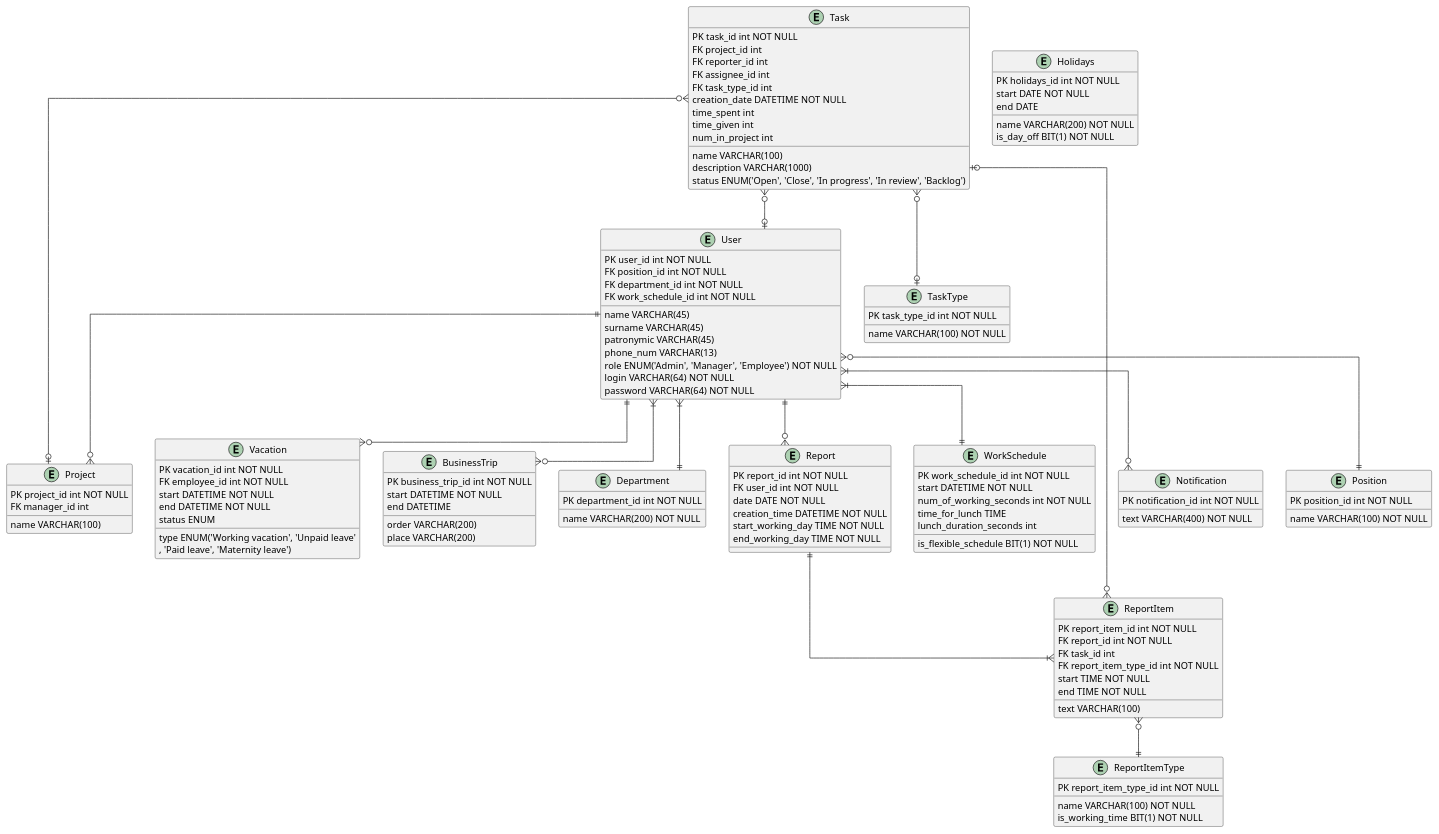
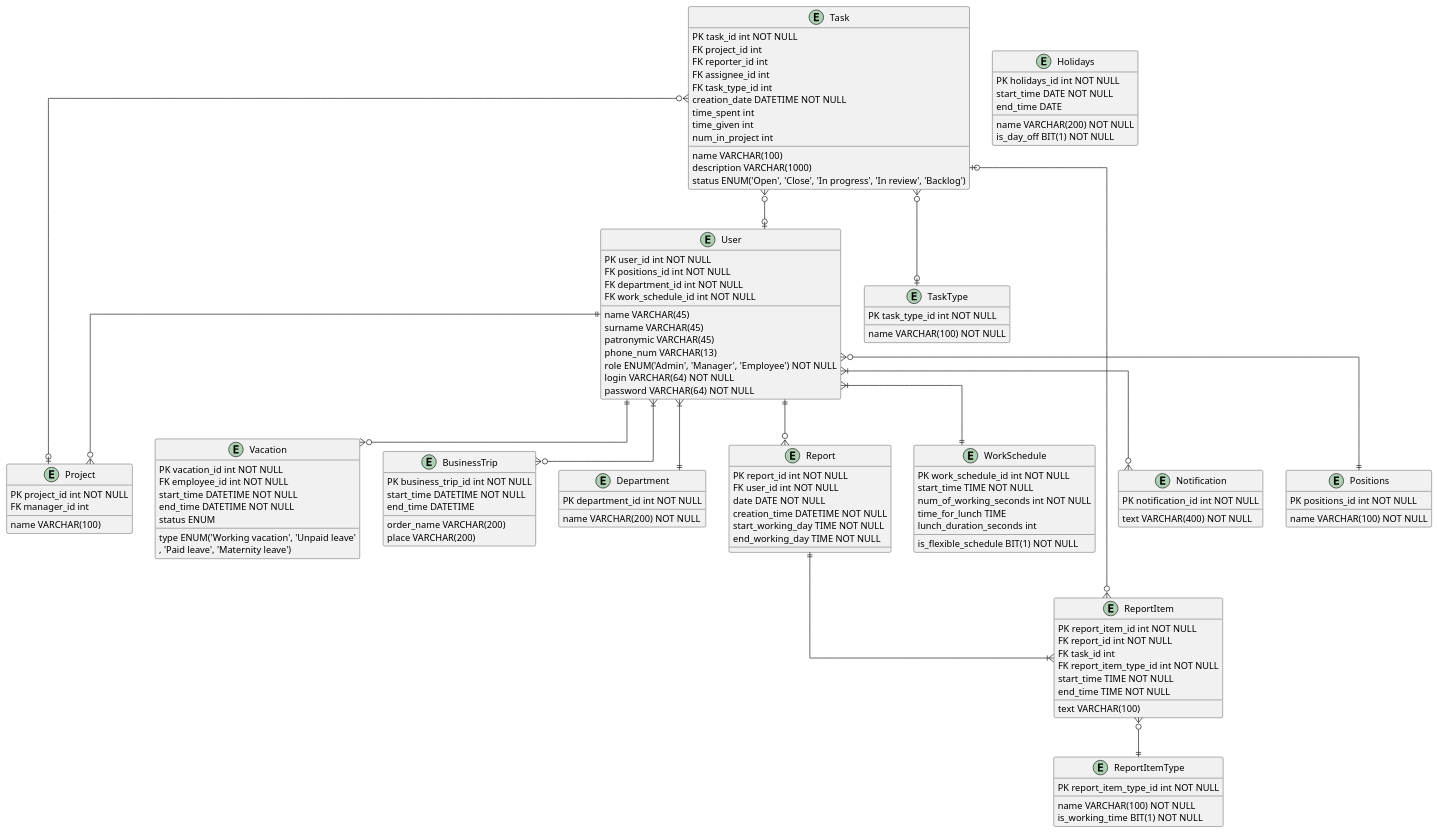
Before and after one commit to Matvey-Makaro/TRPO: the diagram in lab2/ConceptualModelER.puml, drawn with PlantUML. The commit also changed 4 other files, not shown here.

```diff
--- a/lab2/ConceptualModelER.puml
+++ b/lab2/ConceptualModelER.puml
@@ -1,170 +1,170 @@
 @startuml
 ' hide the spot
 ' hide circle
 
 ' avoid problems with angled crows feet
 skinparam linetype ortho
 
 ' object "Сотрудник" as Employee
 ' object "Руководитель" as Manager
 ' object "Администратор" as Administrator
 ' object "Проект" as Project
 ' object "Задание" as Task
 ' object "Отпуск" as Vacation
 ' object "Командировка" as BusinessTrip
 ' object "Отдел" as Department
 ' object "Отчёт" as Report
 ' object "Тип проекта" as ProjectType
 ' object "Тип задачи" as TaskType
 ' object "Рабочий график" as WorkSchedule
 ' object "Праздники" as Holidays
 ' object "Уведомление" as Notification
-' object "Должность" as Position
+' object "Должность" as Positions
 
 entity User 
 {
     PK user_id int NOT NULL
-    FK position_id int NOT NULL
+    FK positions_id int NOT NULL
     FK department_id int NOT NULL
     FK work_schedule_id int NOT NULL
     name VARCHAR(45)
     surname VARCHAR(45)
     patronymic VARCHAR(45)
     phone_num VARCHAR(13)
     role ENUM('Admin', 'Manager', 'Employee') NOT NULL
     login VARCHAR(64) NOT NULL
     password VARCHAR(64) NOT NULL 
 }
 
 entity Project 
 {
     PK project_id int NOT NULL
     FK manager_id int
     name VARCHAR(100)
 }
 
 entity Task 
 {
     PK task_id int NOT NULL
     FK project_id int 
     FK reporter_id int
     FK assignee_id int
     FK task_type_id int
     name VARCHAR(100)
     description VARCHAR(1000)
     status ENUM('Open', 'Close', 'In progress', 'In review', 'Backlog')
     creation_date DATETIME NOT NULL
     time_spent int
     time_given int
     num_in_project int 
 }
 
 entity TaskType
 {
     PK task_type_id int NOT NULL
     name VARCHAR(100) NOT NULL
 }
 
 entity Vacation 
 {
     PK vacation_id int NOT NULL
     FK employee_id int NOT NULL
-    start DATETIME NOT NULL
-    end DATETIME NOT NULL
+    start_time DATETIME NOT NULL
+    end_time DATETIME NOT NULL
     type ENUM('Working vacation', 'Unpaid leave'
     , 'Paid leave', 'Maternity leave')
     status ENUM
 }
 
 entity BusinessTrip
 {
     PK business_trip_id int NOT NULL
-    start DATETIME NOT NULL
-    end DATETIME
-    order VARCHAR(200)
+    start_time DATETIME NOT NULL
+    end_time DATETIME
+    order_name VARCHAR(200)
     place VARCHAR(200)
 }
 
 entity Department
 {
     PK department_id int NOT NULL
     name VARCHAR(200) NOT NULL
 }
 
 entity Report
 {
     PK report_id int NOT NULL
     FK user_id int NOT NULL
     date DATE NOT NULL
     creation_time DATETIME NOT NULL
     start_working_day TIME NOT NULL
     end_working_day TIME NOT NULL
 }
 
 entity ReportItem
 {
     PK report_item_id int NOT NULL
     FK report_id int NOT NULL
     FK task_id int
     FK report_item_type_id int NOT NULL
-    start TIME NOT NULL
-    end TIME NOT NULL
+    start_time TIME NOT NULL
+    end_time TIME NOT NULL
     text VARCHAR(100)
 }
 
 entity ReportItemType
 {
     PK report_item_type_id int NOT NULL
     name VARCHAR(100) NOT NULL
     is_working_time BIT(1) NOT NULL
 }
 
 entity WorkSchedule
 {
     PK work_schedule_id int NOT NULL
-    start DATETIME NOT NULL
+    start_time TIME NOT NULL
     is_flexible_schedule BIT(1) NOT NULL
     num_of_working_seconds int NOT NULL
     time_for_lunch TIME
     lunch_duration_seconds int
 }
 
 entity Holidays
 {
     PK holidays_id int NOT NULL
-    start DATE NOT NULL
-    end DATE
+    start_time DATE NOT NULL
+    end_time DATE
     name VARCHAR(200) NOT NULL
     is_day_off BIT(1) NOT NULL
 }
 
 entity Notification
 {
     PK notification_id int NOT NULL
     text VARCHAR(400) NOT NULL
 }
 
-entity Position
+entity Positions
 {
-    PK position_id int NOT NULL
+    PK positions_id int NOT NULL
     name VARCHAR(100) NOT NULL
 }
 
 Task }o--o| Project
 Task }o--o| User
 Task }o--o| TaskType
 Task |o--o{ ReportItem
 
 User ||--o{ Vacation
 User }|--o{ BusinessTrip
 User }|--|| Department
 User }|--o{ Notification
-User }o--|| Position
+User }o--|| Positions
 User ||--o{ Report
 User }|--|| WorkSchedule
 User ||--o{ Project
 
 Report ||--|{ ReportItem
 ReportItem }o--|| ReportItemType
 
 @enduml
```
